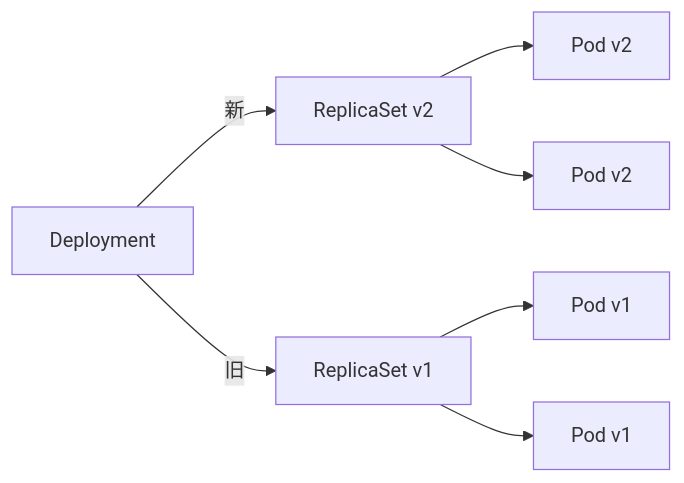
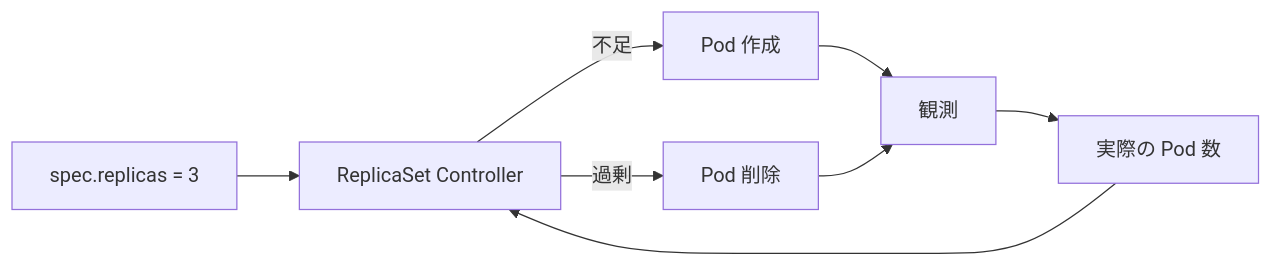
Before and after one commit to swallowsaba/introduction-k8s: the fourth of 9 diagrams in docs/02-resources/replicaset.md, drawn with Mermaid. The commit also changed other lines of this file and 12 other files, not shown here.

````diff
--- a/docs/02-resources/replicaset.md
+++ b/docs/02-resources/replicaset.md
@@ -66,9 +141,10 @@
 ```mermaid
 flowchart LR
-    deploy[Deployment] -->|新| rs2[ReplicaSet v2]
-    deploy -->|旧| rs1[ReplicaSet v1]
-    rs2 --> p3[Pod v2]
-    rs2 --> p4[Pod v2]
-    rs1 --> p1[Pod v1]
-    rs1 --> p2[Pod v1]
+    spec[spec.replicas = 3] --> ctrl[ReplicaSet Controller]
+    actual[実際の Pod 数] --> ctrl
+    ctrl -->|不足| create[Pod 作成]
+    ctrl -->|過剰| delete[Pod 削除]
+    create --> obs[観測]
+    delete --> obs
+    obs --> actual
 ```
````
